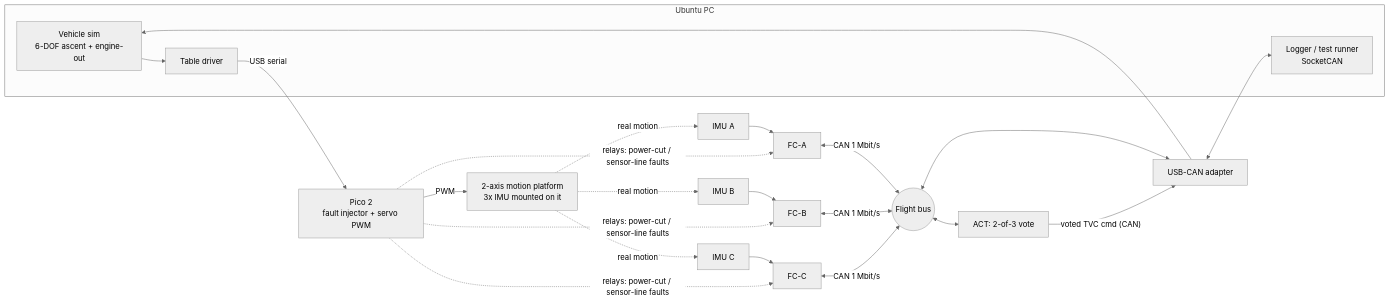
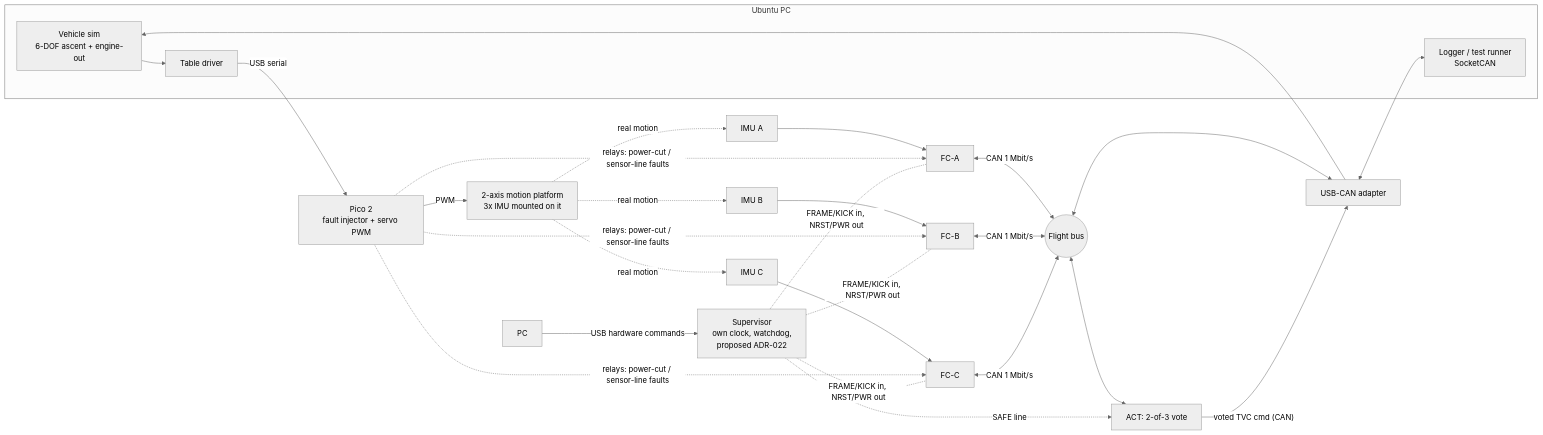
Before and after one commit to TMGamingHd/triplex-fc: the first of 2 diagrams in docs/ARCHITECTURE.md, drawn with Mermaid (neutral theme). The commit also changed other lines of this file and 11 other files, not shown here.

````diff
--- a/docs/ARCHITECTURE.md
+++ b/docs/ARCHITECTURE.md
@@ -10,20 +10,23 @@
 ```mermaid
 flowchart LR
   subgraph PC[Ubuntu PC]
     SIM[Vehicle sim<br/>6-DOF ascent + engine-out] --> TBL[Table driver]
     LOG[Logger / test runner<br/>SocketCAN]
   end
   TBL -- USB serial --> PICO[Pico 2<br/>fault injector + servo PWM]
   PICO -- PWM --> PLAT[2-axis motion platform<br/>3x IMU mounted on it]
   PLAT -. real motion .-> IMUA[IMU A] & IMUB[IMU B] & IMUC[IMU C]
   IMUA --> FCA[FC-A] 
   IMUB --> FCB[FC-B]
   IMUC --> FCC[FC-C]
   FCA & FCB & FCC <-- CAN 1 Mbit/s --> BUS((Flight bus))
   BUS <--> ACT[ACT: 2-of-3 vote]
   BUS <--> CANABLE[USB-CAN adapter]
   CANABLE <--> LOG
   ACT -- voted TVC cmd (CAN) --> CANABLE
   CANABLE --> SIM
   PICO -. relays: power-cut / sensor-line faults .-> FCA & FCB & FCC
+  SUP[Supervisor<br/>own clock, watchdog,<br/>proposed ADR-022] -. FRAME/KICK in, NRST/PWR out .- FCA & FCB & FCC
+  SUP -. SAFE line .-> ACT
+  PC2[PC] -- USB hardware commands --> SUP
 ```
````
